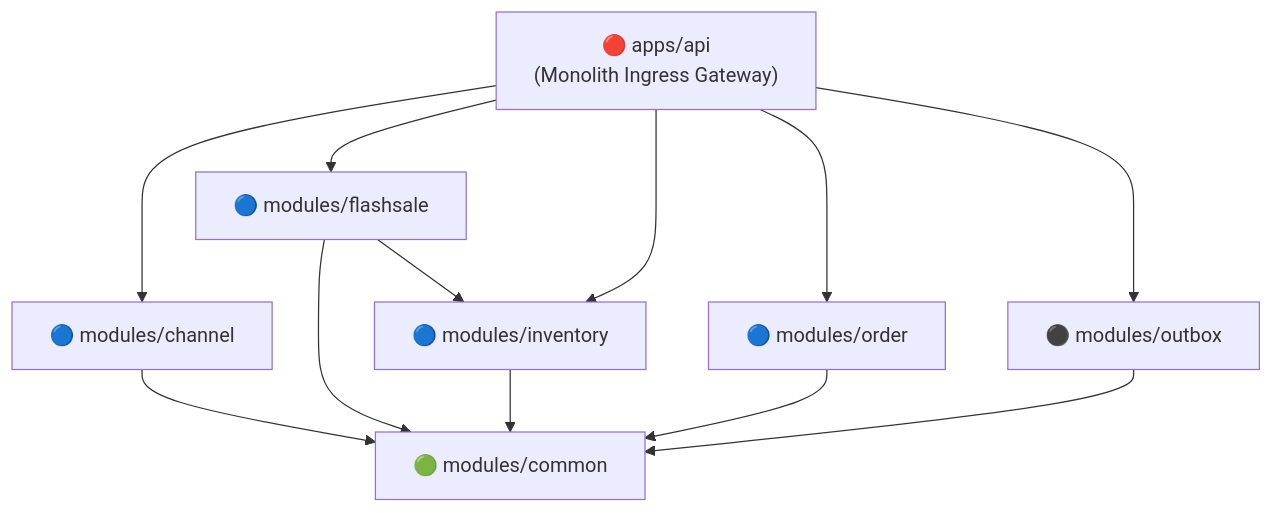
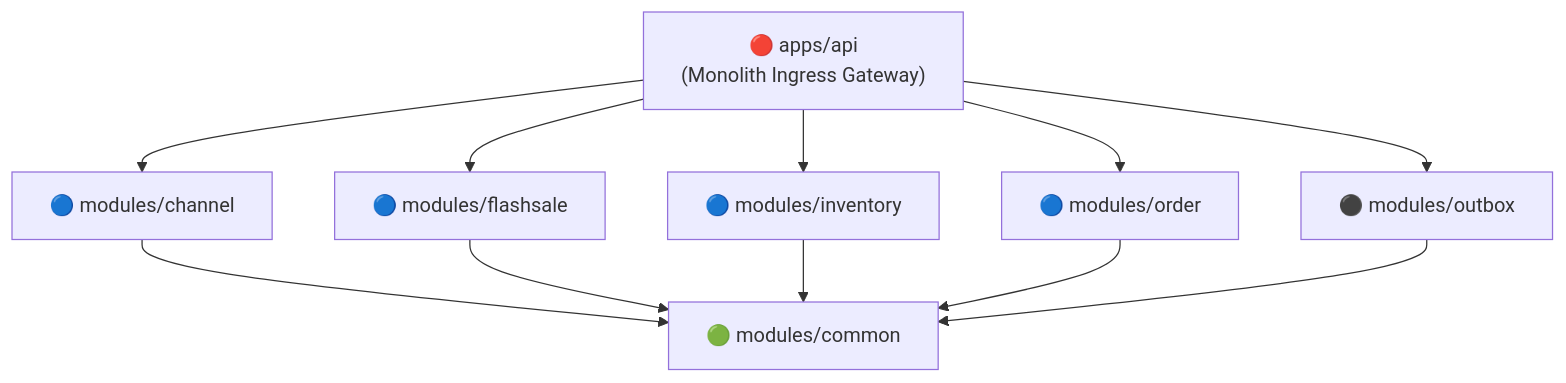
One commit to qwan30/inventory-flashsale-system changed the seventh of 7 diagrams in README.md. Above: the diagram before and after it, drawn with Mermaid. The commit also changed other lines of this file and 7 other files, not shown here.

````diff
--- a/README.md
+++ b/README.md
@@ -420,22 +420,21 @@
 ```mermaid
 graph TD
     api["🔴 apps/api<br/>(Monolith Ingress Gateway)"]
     common["🟢 modules/common"]
     channel["🔵 modules/channel"]
     flashsale["🔵 modules/flashsale"]
     inventory["🔵 modules/inventory"]
     order["🔵 modules/order"]
     outbox["⚫ modules/outbox"]
 
     api --> channel
     api --> flashsale
     api --> inventory
     api --> order
     api --> outbox
     channel --> common
     flashsale --> common
     inventory --> common
     order --> common
     outbox --> common
-    flashsale --> inventory
 ```
````
